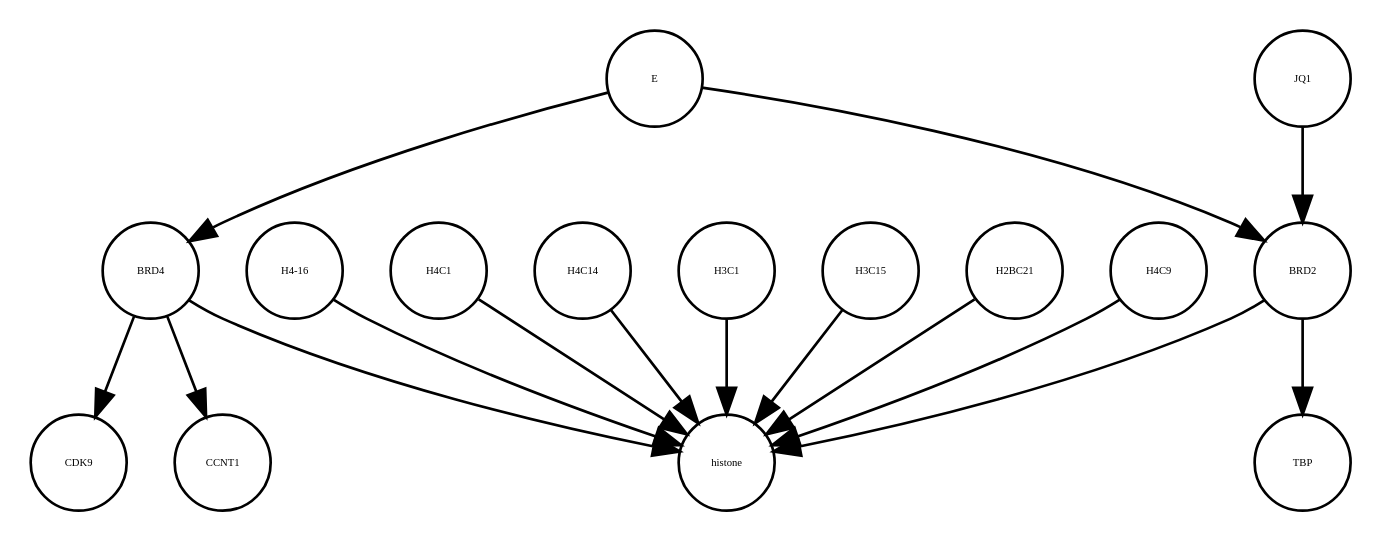
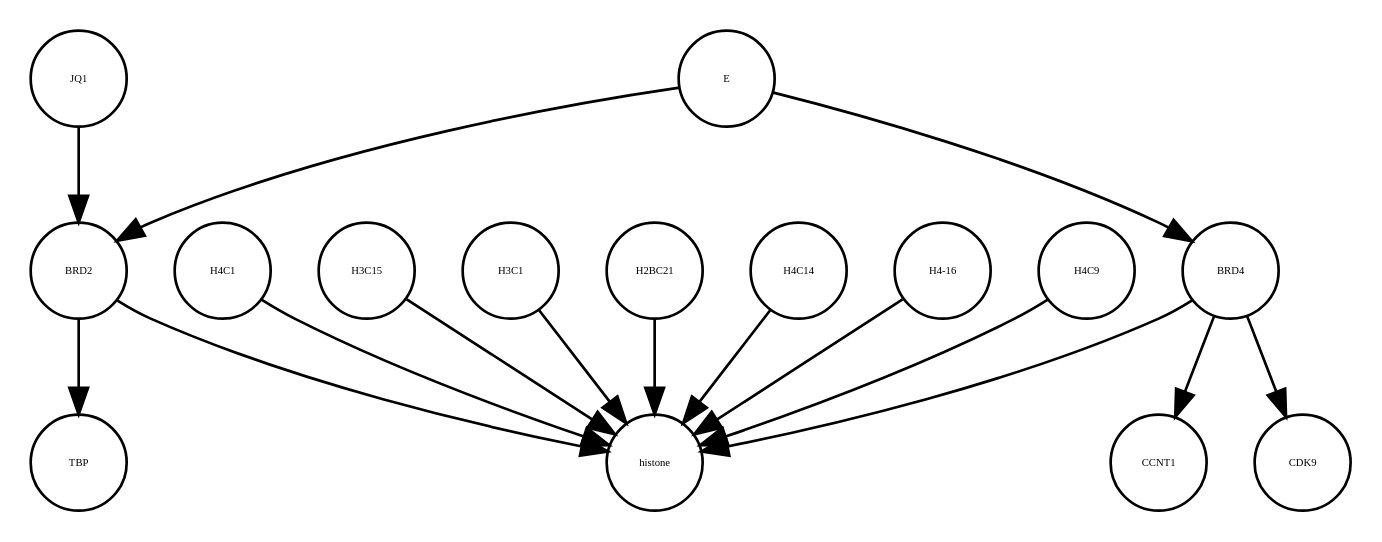
One commit to cannin/covid19-sbgn changed the diagram in E_SARS_CoV_2_22_05_2020.xml_projected.dot. Above: the diagram before and after it, drawn with Graphviz. The commit also changed other lines of this file and 637 other files, not shown here.

```diff
--- a/E_SARS_CoV_2_22_05_2020.xml_projected.dot
+++ b/E_SARS_CoV_2_22_05_2020.xml_projected.dot
@@ -1,32 +1,32 @@
 strict digraph  {
-CDK9 [annotation="", bipartite=0, cls=macromolecule, fontsize=4, label=CDK9, shape=circle];
-"H4-16" [annotation="", bipartite=0, cls=macromolecule, fontsize=4, label="H4-16", shape=circle];
-H4C1 [annotation="", bipartite=0, cls=macromolecule, fontsize=4, label=H4C1, shape=circle];
-H4C14 [annotation="", bipartite=0, cls=macromolecule, fontsize=4, label=H4C14, shape=circle];
-H3C1 [annotation="", bipartite=0, cls=macromolecule, fontsize=4, label=H3C1, shape=circle];
-H3C15 [annotation="", bipartite=0, cls=macromolecule, fontsize=4, label=H3C15, shape=circle];
-CCNT1 [annotation="", bipartite=0, cls=macromolecule, fontsize=4, label=CCNT1, shape=circle];
-H2BC21 [annotation="", bipartite=0, cls=macromolecule, fontsize=4, label=H2BC21, shape=circle];
+histone [annotation="", bipartite=0, cls=complex, fontsize=4, label=histone, shape=circle];
 BRD2 [annotation="", bipartite=0, cls=macromolecule, fontsize=4, label=BRD2, shape=circle];
 TBP [annotation="", bipartite=0, cls=macromolecule, fontsize=4, label=TBP, shape=circle];
+H4C1 [annotation="", bipartite=0, cls=macromolecule, fontsize=4, label=H4C1, shape=circle];
+CCNT1 [annotation="", bipartite=0, cls=macromolecule, fontsize=4, label=CCNT1, shape=circle];
 E [annotation=urn_miriam_ncbiprotein_BCD58755, bipartite=0, cls=macromolecule, fontsize=4, label=E, shape=circle];
-histone [annotation="", bipartite=0, cls=complex, fontsize=4, label=histone, shape=circle];
+H3C15 [annotation="", bipartite=0, cls=macromolecule, fontsize=4, label=H3C15, shape=circle];
+H3C1 [annotation="", bipartite=0, cls=macromolecule, fontsize=4, label=H3C1, shape=circle];
+H2BC21 [annotation="", bipartite=0, cls=macromolecule, fontsize=4, label=H2BC21, shape=circle];
+H4C14 [annotation="", bipartite=0, cls=macromolecule, fontsize=4, label=H4C14, shape=circle];
+JQ1 [annotation="", bipartite=0, cls=macromolecule, fontsize=4, label=JQ1, shape=circle];
+"H4-16" [annotation="", bipartite=0, cls=macromolecule, fontsize=4, label="H4-16", shape=circle];
 H4C9 [annotation="", bipartite=0, cls=macromolecule, fontsize=4, label=H4C9, shape=circle];
-JQ1 [annotation="", bipartite=0, cls=macromolecule, fontsize=4, label=JQ1, shape=circle];
+CDK9 [annotation="", bipartite=0, cls=macromolecule, fontsize=4, label=CDK9, shape=circle];
 BRD4 [annotation="", bipartite=0, cls=macromolecule, fontsize=4, label=BRD4, shape=circle];
-"H4-16" -> histone  [annotation="", interaction_type=production];
-H4C1 -> histone  [annotation="", interaction_type=production];
-H4C14 -> histone  [annotation="", interaction_type=production];
-H3C1 -> histone  [annotation="", interaction_type=production];
-H3C15 -> histone  [annotation="", interaction_type=production];
-H2BC21 -> histone  [annotation="", interaction_type=production];
 BRD2 -> histone  [annotation="urn_miriam_doi_10.1038%2Fnsmb.3228.|urn_miriam_doi_10.1016%2Fj.molcel.2008.01.018", interaction_type=catalysis];
 BRD2 -> TBP  [annotation="urn_miriam_doi_10.1007%2Fs11010-006-9223-6", interaction_type=catalysis];
+H4C1 -> histone  [annotation="", interaction_type=production];
 E -> BRD4  [annotation="urn_miriam_doi_10.1038%2Fs41586-020-2286-9", interaction_type=inhibition];
 E -> BRD2  [annotation="urn_miriam_doi_10.1038%2Fs41586-020-2286-9|urn_miriam_doi_10.1080%2F15592294.2018.1469891", interaction_type=inhibition];
+H3C15 -> histone  [annotation="", interaction_type=production];
+H3C1 -> histone  [annotation="", interaction_type=production];
+H2BC21 -> histone  [annotation="", interaction_type=production];
+H4C14 -> histone  [annotation="", interaction_type=production];
+JQ1 -> BRD2  [annotation="urn_miriam_doi_10.1038%2Fs41586-020-2286-9|urn_miriam_doi_10.1080%2F15592294.2018.1469891", interaction_type=inhibition];
+"H4-16" -> histone  [annotation="", interaction_type=production];
 H4C9 -> histone  [annotation="", interaction_type=production];
-JQ1 -> BRD2  [annotation="urn_miriam_doi_10.1038%2Fs41586-020-2286-9|urn_miriam_doi_10.1080%2F15592294.2018.1469891", interaction_type=inhibition];
+BRD4 -> histone  [annotation="urn_miriam_doi_10.1038%2Fnsmb.3228.|urn_miriam_doi_10.1016%2Fj.molcel.2008.01.018", interaction_type=catalysis];
 BRD4 -> CCNT1  [annotation="", interaction_type=catalysis];
-BRD4 -> histone  [annotation="urn_miriam_doi_10.1038%2Fnsmb.3228.|urn_miriam_doi_10.1016%2Fj.molcel.2008.01.018", interaction_type=catalysis];
 BRD4 -> CDK9  [annotation=urn_miriam_taxonomy_10090, interaction_type=catalysis];
 }
```
